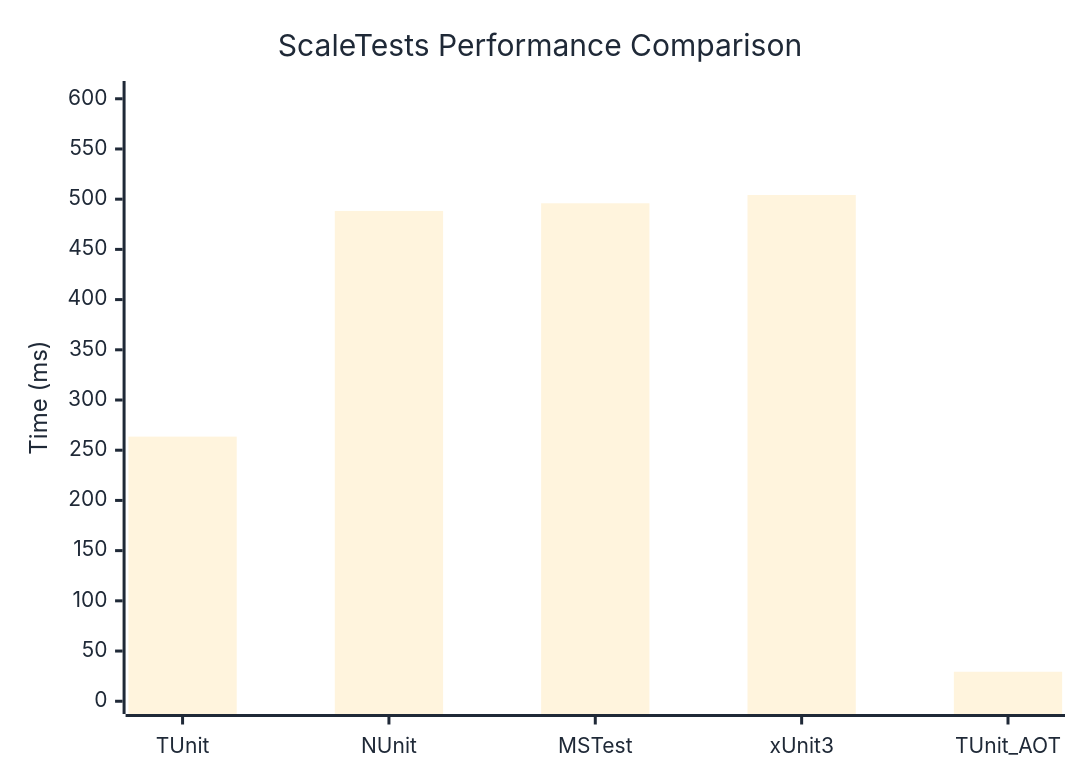
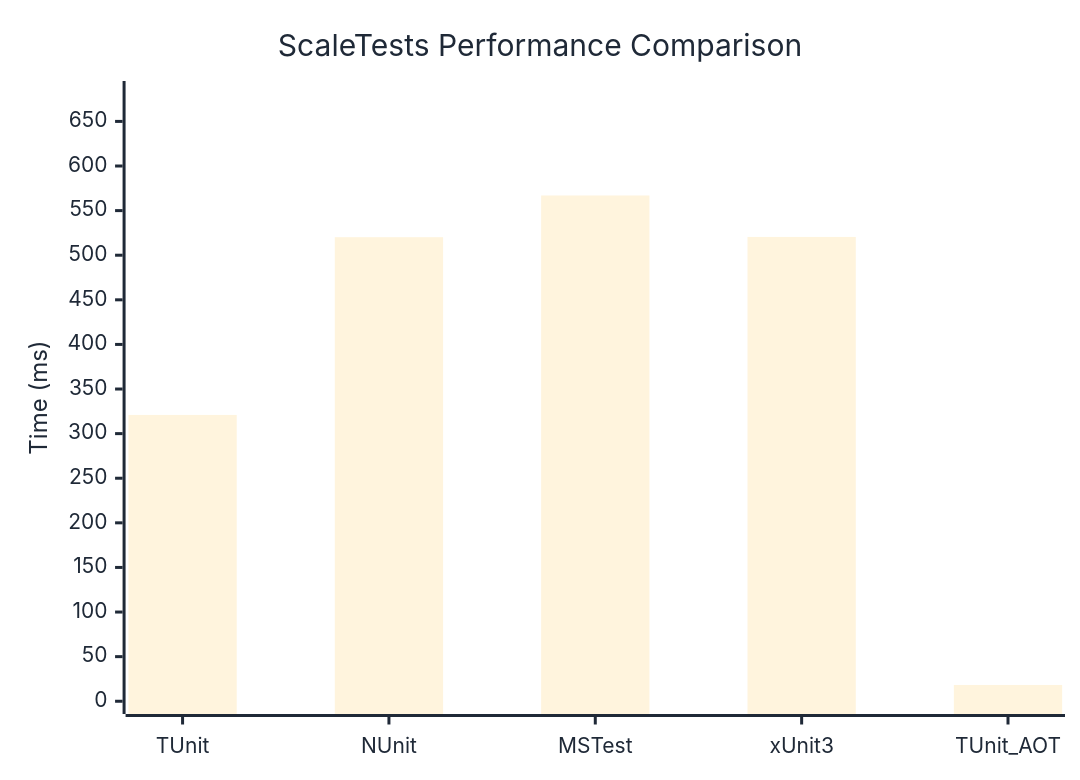
One commit to thomhurst/TUnit changed the diagram in docs/docs/benchmarks/engine/ScaleTests.md. Above: the diagram before and after it, drawn with Mermaid. The commit also changed other lines of this file and 18 other files, not shown here.

````diff
--- a/docs/docs/benchmarks/engine/ScaleTests.md
+++ b/docs/docs/benchmarks/engine/ScaleTests.md
@@ -29,37 +29,37 @@
 ```mermaid
 %%{init: {
   'theme':'base',
   'themeVariables': {
     'primaryColor': '#2563eb',
     'primaryTextColor': '#1f2937',
     'primaryBorderColor': '#1e40af',
     'lineColor': '#6b7280',
     'secondaryColor': '#7c3aed',
     'tertiaryColor': '#dc2626',
     'background': '#ffffff',
     'mainBkg': '#2563eb',
     'secondBkg': '#7c3aed',
     'tertiaryBkg': '#dc2626',
     'clusterBkg': '#f3f4f6',
     'edgeLabelBackground': '#ffffff',
     'tertiaryTextColor': '#1f2937',
     'pie1': '#2563eb',
     'pie2': '#7c3aed',
     'pie3': '#dc2626',
     'pie4': '#f59e0b',
     'pie5': '#10b981',
     'pie6': '#06b6d4',
     'pie7': '#ec4899',
     'pie8': '#6366f1',
     'pie9': '#84cc16',
     'pie10': '#f97316',
     'pie11': '#14b8a6',
     'pie12': '#a855f7'
   }
 }}%%
 xychart-beta
   title "ScaleTests Performance Comparison"
   x-axis ["TUnit", "NUnit", "MSTest", "xUnit3", "TUnit_AOT"]
-  y-axis "Time (ms)" 0 --> 605
-  bar [263.55, 488.3, 495.94, 504.14, 29.38]
+  y-axis "Time (ms)" 0 --> 681
+  bar [320.96, 520.19, 566.98, 520.49, 18.25]
 ```
````
